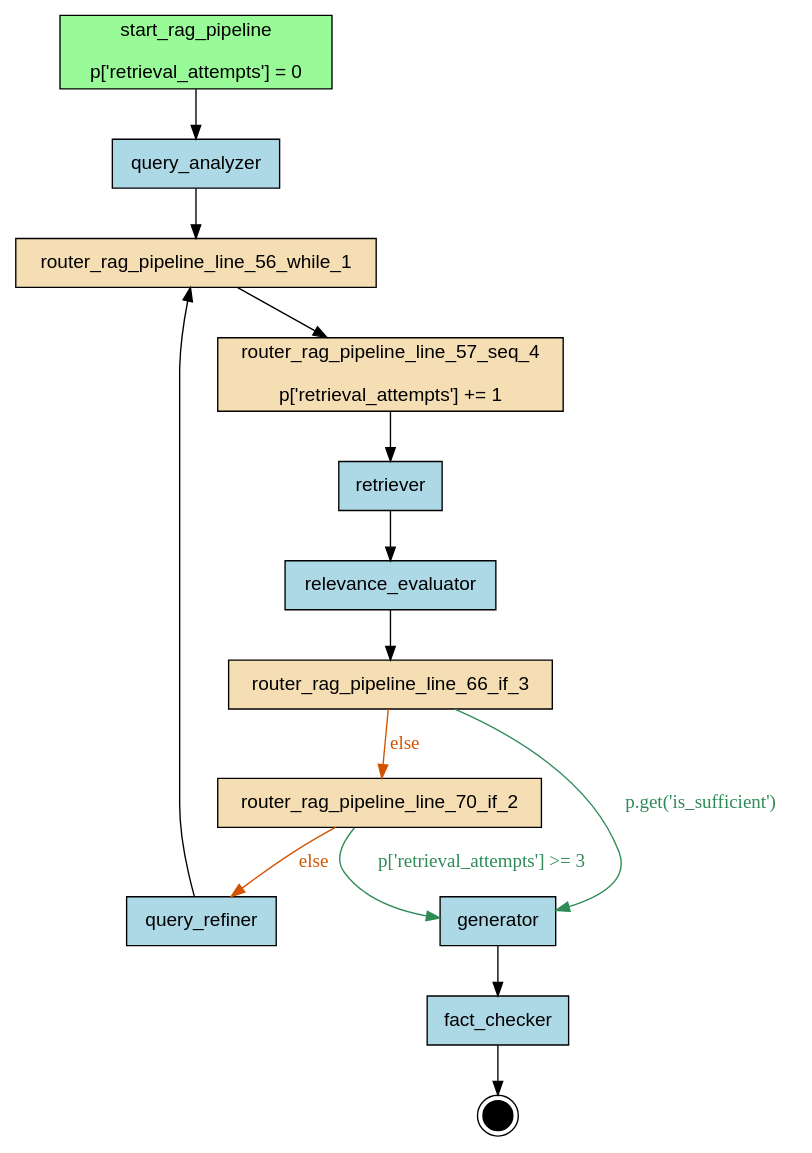
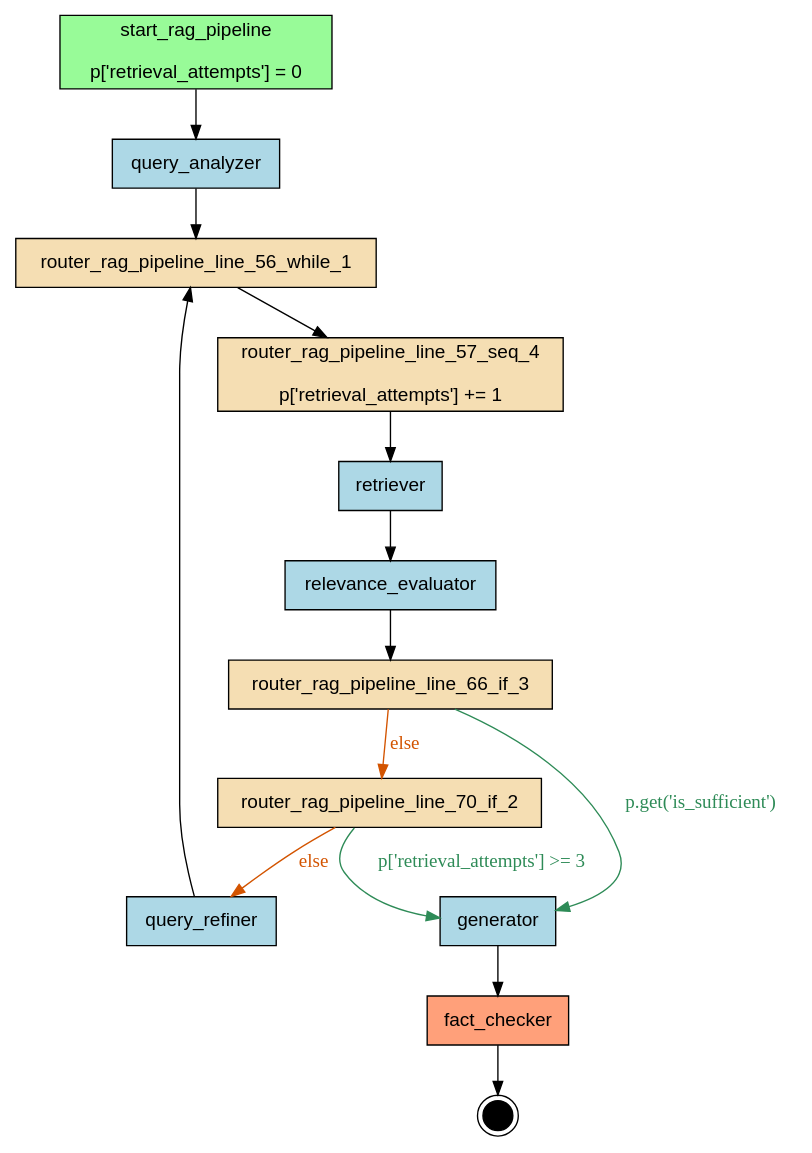
One commit to deliveryhero/asya changed the diagram in examples/flows/agentic/compiled/rag_pipeline/flow.dot. Above: the diagram before and after it, drawn with Graphviz. The commit also changed 263 other files, not shown here.

Commit message:
refactor(compiler): rename flow_role->role, is_generated->generated; add two-label manifest system (asya.sh/role + asya.sh/generated)

```diff
--- a/examples/flows/agentic/compiled/rag_pipeline/flow.dot
+++ b/examples/flows/agentic/compiled/rag_pipeline/flow.dot
@@ -1,34 +1,34 @@
 digraph "rag_pipeline" {
     rankdir=TB;
     node [shape=box, style=filled, fontname="Helvetica"];
 
     { rank=source; start_rag_pipeline; }
 
-    fact_checker [label="fact_checker", fillcolor=lightblue];
+    fact_checker [label="fact_checker", fillcolor=lightsalmon];
     generator [label="generator", fillcolor=lightblue];
     query_analyzer [label="query_analyzer", fillcolor=lightblue];
     query_refiner [label="query_refiner", fillcolor=lightblue];
     relevance_evaluator [label="relevance_evaluator", fillcolor=lightblue];
     retriever [label="retriever", fillcolor=lightblue];
     router_rag_pipeline_line_56_while_1 [label="router_rag_pipeline_line_56_while_1", fillcolor=wheat];
     router_rag_pipeline_line_57_seq_4 [label="router_rag_pipeline_line_57_seq_4\n\np['retrieval_attempts'] += 1", fillcolor=wheat];
     router_rag_pipeline_line_66_if_3 [label="router_rag_pipeline_line_66_if_3", fillcolor=wheat];
     router_rag_pipeline_line_70_if_2 [label="router_rag_pipeline_line_70_if_2", fillcolor=wheat];
     start_rag_pipeline [label="start_rag_pipeline\n\np['retrieval_attempts'] = 0", fillcolor=palegreen];
 
     __end__ [label="", shape=doublecircle, fillcolor=black, width=0.3, fixedsize=true];
 
     start_rag_pipeline -> query_analyzer;
     query_analyzer -> router_rag_pipeline_line_56_while_1;
     router_rag_pipeline_line_70_if_2 -> query_refiner [label="else", color="#D35400", fontcolor="#D35400"];
     router_rag_pipeline_line_70_if_2 -> generator [label="p['retrieval_attempts'] >= 3", color="#2E8B57", fontcolor="#2E8B57"];
     generator -> fact_checker;
     router_rag_pipeline_line_66_if_3 -> router_rag_pipeline_line_70_if_2 [label="else", color="#D35400", fontcolor="#D35400"];
     router_rag_pipeline_line_66_if_3 -> generator [label="p.get('is_sufficient')", color="#2E8B57", fontcolor="#2E8B57"];
     router_rag_pipeline_line_57_seq_4 -> retriever;
     retriever -> relevance_evaluator;
     relevance_evaluator -> router_rag_pipeline_line_66_if_3;
     router_rag_pipeline_line_56_while_1 -> router_rag_pipeline_line_57_seq_4;
     query_refiner -> router_rag_pipeline_line_56_while_1;
     fact_checker -> __end__;
 }
```
